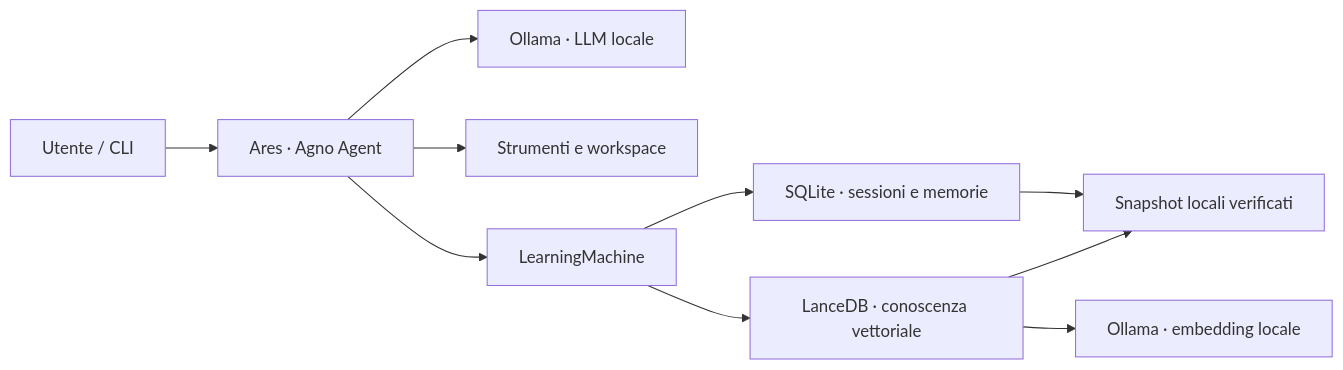
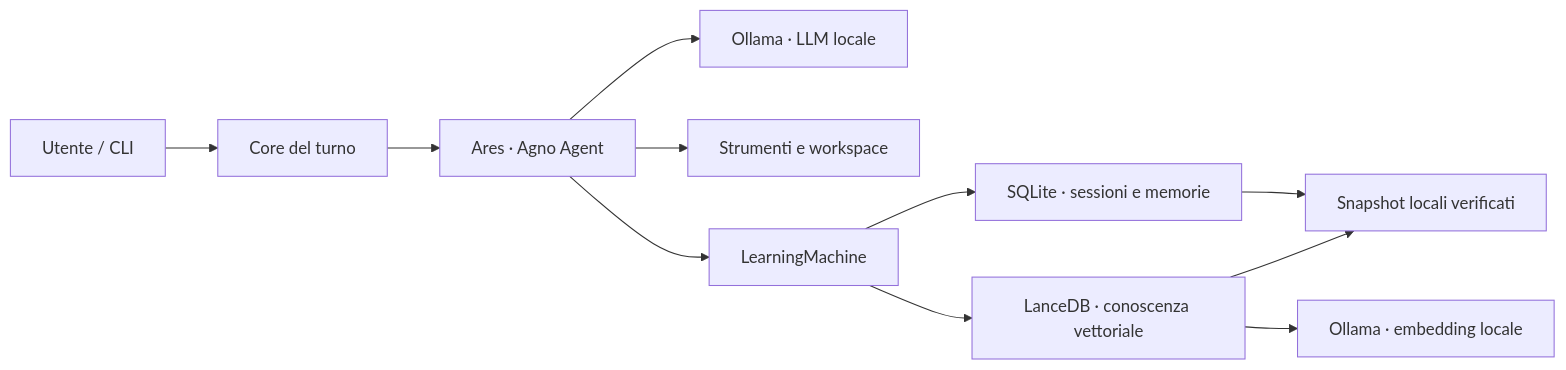
One commit to KairosIta/Ares changed the diagram in README.md. Above: the diagram before and after it, drawn with Mermaid. The commit also changed 6 other files, not shown here.

Commit message:
feat(cli): stabilizza lo streaming ed estrae il core del turno

````diff
--- a/README.md
+++ b/README.md
@@ -40,12 +40,13 @@
 ```mermaid
 flowchart LR
-    U["Utente / CLI"] --> A["Ares · Agno Agent"]
+    U["Utente / CLI"] --> C["Core del turno"]
+    C --> A["Ares · Agno Agent"]
     A --> O["Ollama · LLM locale"]
     A --> T["Strumenti e workspace"]
     A --> L["LearningMachine"]
     L --> S["SQLite · sessioni e memorie"]
     L --> V["LanceDB · conoscenza vettoriale"]
     V --> E["Ollama · embedding locale"]
     S --> B["Snapshot locali verificati"]
     V --> B
 ```
````
